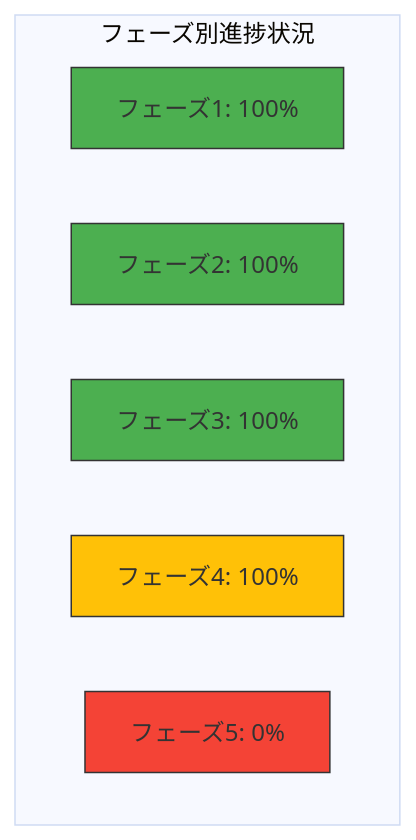
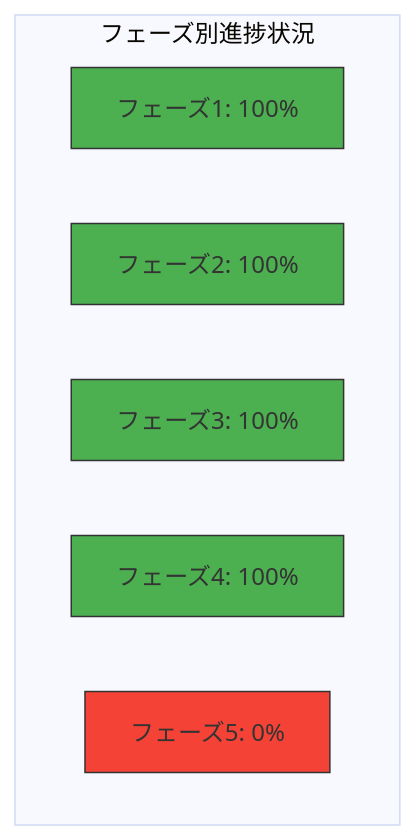
The second of 2 diagrams in docs/PLAN_AND_PROGRESS.md (ToyB0x/git-resume), drawn with Mermaid (base theme) before and after one commit. The commit also changed other lines of this file and 2 other files, not shown here.

````diff
--- a/docs/PLAN_AND_PROGRESS.md
+++ b/docs/PLAN_AND_PROGRESS.md
@@ -138,16 +138,16 @@
 ```mermaid
 graph TD
     subgraph "フェーズ別進捗状況"
     A["フェーズ1: 100%"]
     B["フェーズ2: 100%"]
     C["フェーズ3: 100%"]
     D["フェーズ4: 100%"]
     E["フェーズ5: 0%"]
     end
     
     style A fill:#4CAF50,stroke:#333,stroke-width:1px
     style B fill:#4CAF50,stroke:#333,stroke-width:1px
     style C fill:#4CAF50,stroke:#333,stroke-width:1px
-    style D fill:#FFC107,stroke:#333,stroke-width:1px
+    style D fill:#4CAF50,stroke:#333,stroke-width:1px
     style E fill:#F44336,stroke:#333,stroke-width:1px
 ```
````
